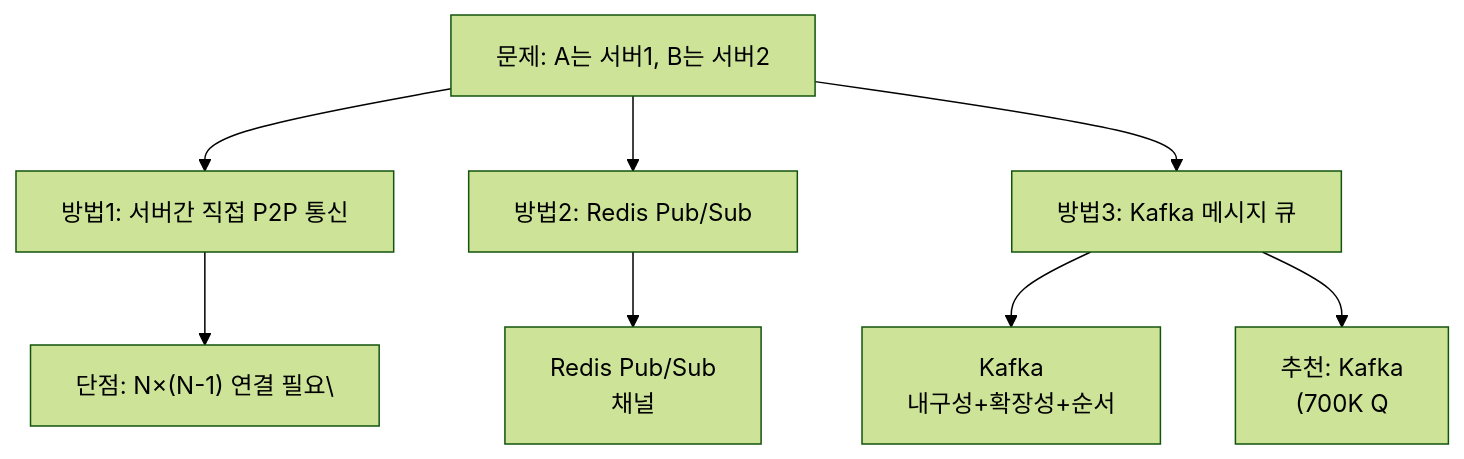
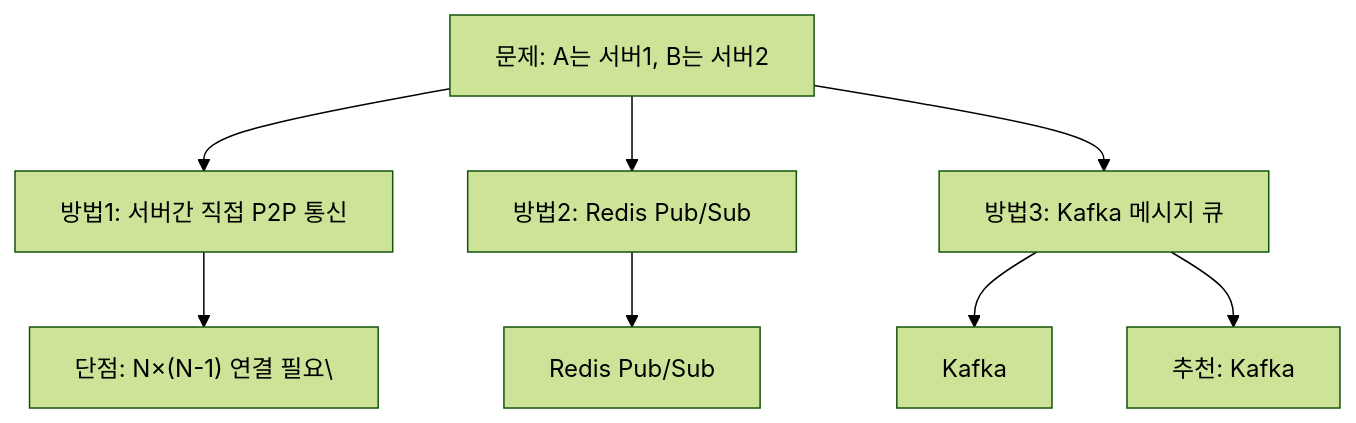
The fourth of 9 diagrams in _posts/systemdesign/2026-05-02-system-design-chat.md (yjkim2015/yjkim2015.github.io), drawn with Mermaid (forest theme) before and after one commit. The commit also changed other lines of this file and 217 other files, not shown here.

First line of the commit message:
Mermaid 크기 수정: useMaxWidth:true + SVG max-width:100% + 라벨 축소

````diff
--- a/_posts/systemdesign/2026-05-02-system-design-chat.md
+++ b/_posts/systemdesign/2026-05-02-system-design-chat.md
@@ -154,11 +154,11 @@
 ```mermaid
 graph TD
     Problem["문제: A는 서버1, B는 서버2"]
     Problem --> Sol1["방법1: 서버간 직접 P2P 통신"]
     Problem --> Sol2["방법2: Redis Pub/Sub"]
     Problem --> Sol3["방법3: Kafka 메시지 큐"]
     Sol1 --> D1["단점: N×(N-1) 연결 필요\"]
-    Sol2 --> D2["Redis Pub/Sub\n채널"]
-    Sol3 --> D3["Kafka\n내구성+확장성+순서"]
-    Sol3 --> Rec["추천: Kafka\n(700K Q"]
+    Sol2 --> D2["Redis Pub/Sub"]
+    Sol3 --> D3["Kafka"]
+    Sol3 --> Rec["추천: Kafka"]
 ```
````
